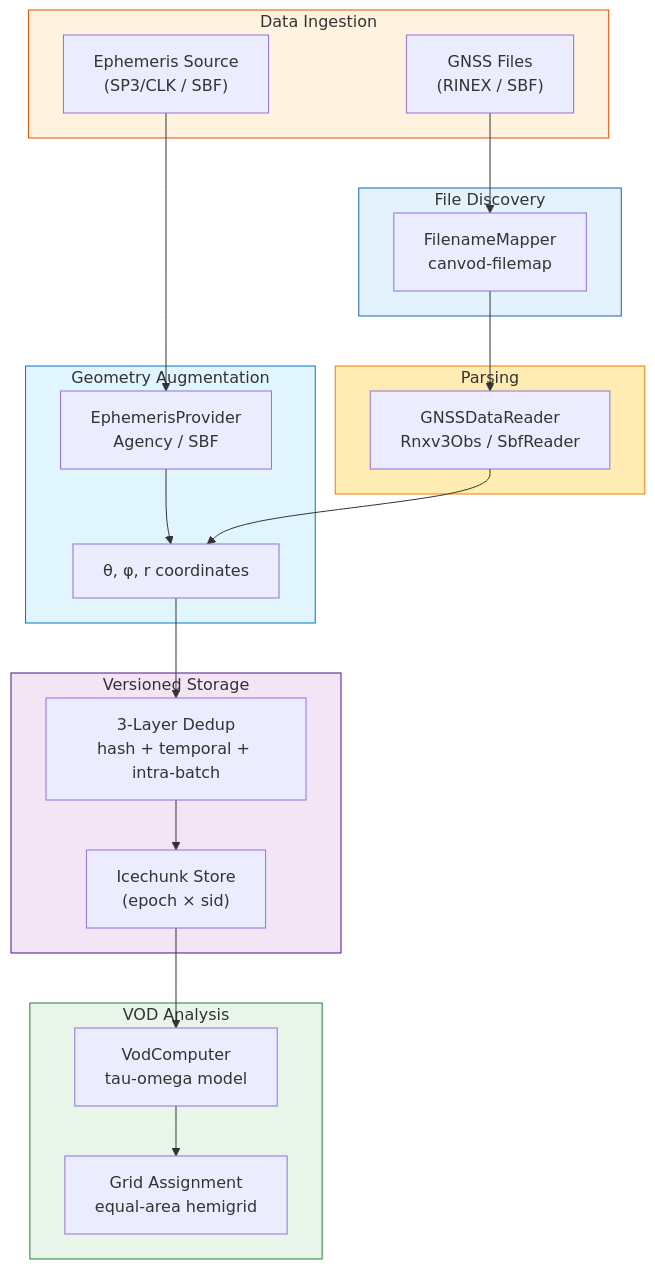
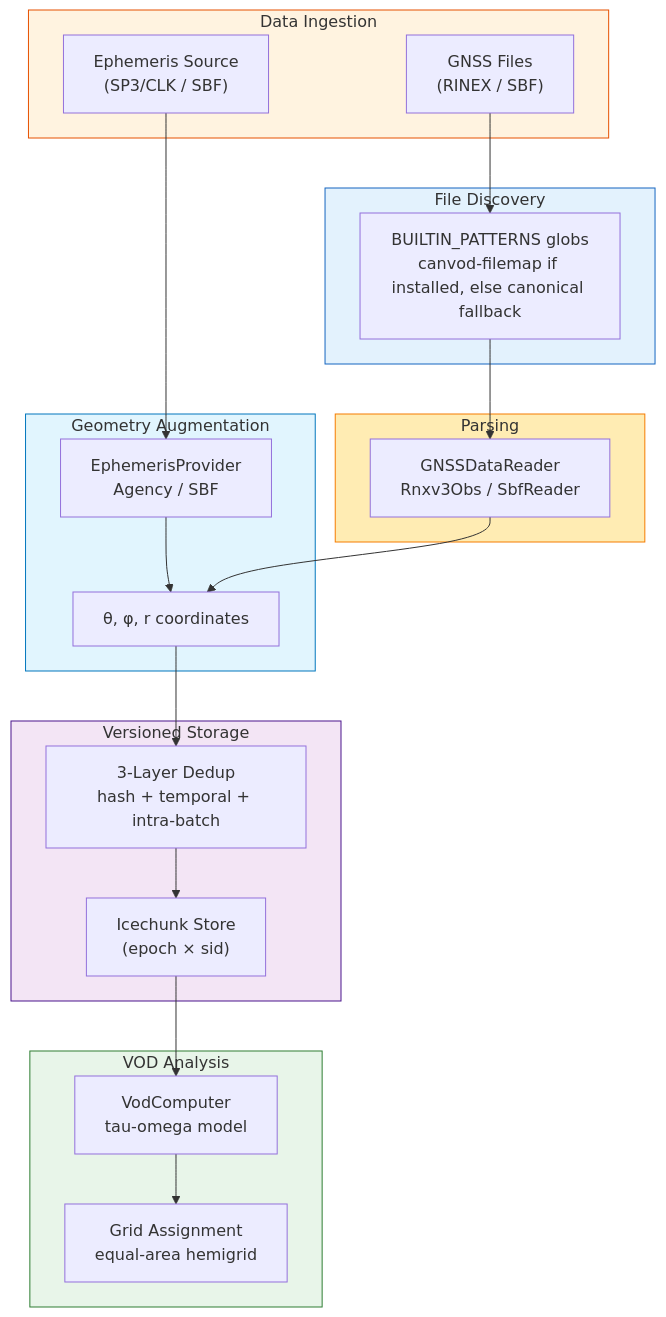
The second of 2 diagrams in docs/guides/api-levels.md (nfb2021/canvodpy), drawn with Mermaid before and after one commit. The commit also changed other lines of this file and 64 other files, not shown here.

First line of the commit message:
feat(cli,api): deprecate L1/L2/VODWorkflow, add canvodpy run subcommand, make canvod-filemap optional

````diff
--- a/docs/guides/api-levels.md
+++ b/docs/guides/api-levels.md
@@ -349,43 +300,43 @@
 ```mermaid
 flowchart TD
     subgraph Input["Data Ingestion"]
         FILES["GNSS Files<br/>(RINEX / SBF)"]
         EPHEM["Ephemeris Source<br/>(SP3/CLK / SBF)"]
     end
 
     subgraph Discovery["File Discovery"]
-        FM["FilenameMapper<br/>canvod-filemap"]
+        FM["BUILTIN_PATTERNS globs<br/>canvod-filemap if installed, else canonical fallback"]
     end
 
     subgraph Reading["Parsing"]
         READER["GNSSDataReader<br/>Rnxv3Obs / SbfReader"]
     end
 
     subgraph Augmentation["Geometry Augmentation"]
         EP["EphemerisProvider<br/>Agency / SBF"]
         SCS["θ, φ, r coordinates"]
     end
 
     subgraph Storage["Versioned Storage"]
         ICE["Icechunk Store<br/>(epoch × sid)"]
         DEDUP["3-Layer Dedup<br/>hash + temporal + intra-batch"]
     end
 
     subgraph Analysis["VOD Analysis"]
         VOD["VodComputer<br/>tau-omega model"]
         GRID["Grid Assignment<br/>equal-area hemigrid"]
     end
 
     FILES --> FM --> READER
     EPHEM --> EP --> SCS
     READER --> SCS
     SCS --> DEDUP --> ICE
     ICE --> VOD --> GRID
 
     style Input fill:#fff3e0,stroke:#e65100
     style Discovery fill:#e3f2fd,stroke:#1565c0
     style Reading fill:#ffecb3,stroke:#f57c00
     style Augmentation fill:#e1f5fe,stroke:#0277bd
     style Storage fill:#f3e5f5,stroke:#4a148c
     style Analysis fill:#e8f5e9,stroke:#2e7d32
 ```
````
